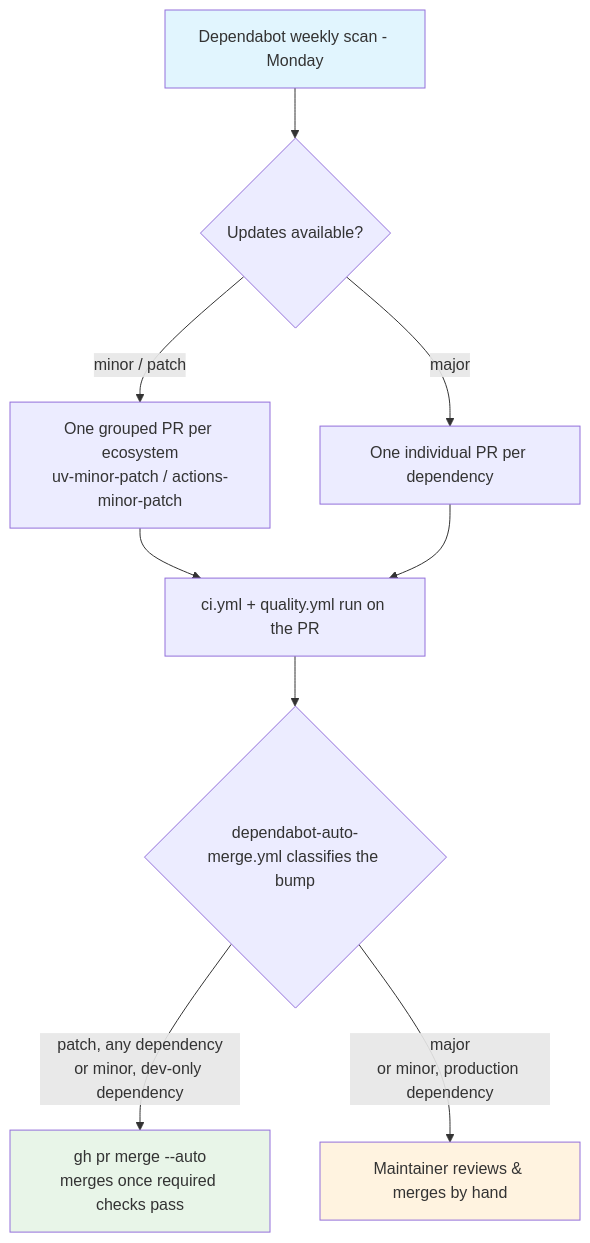
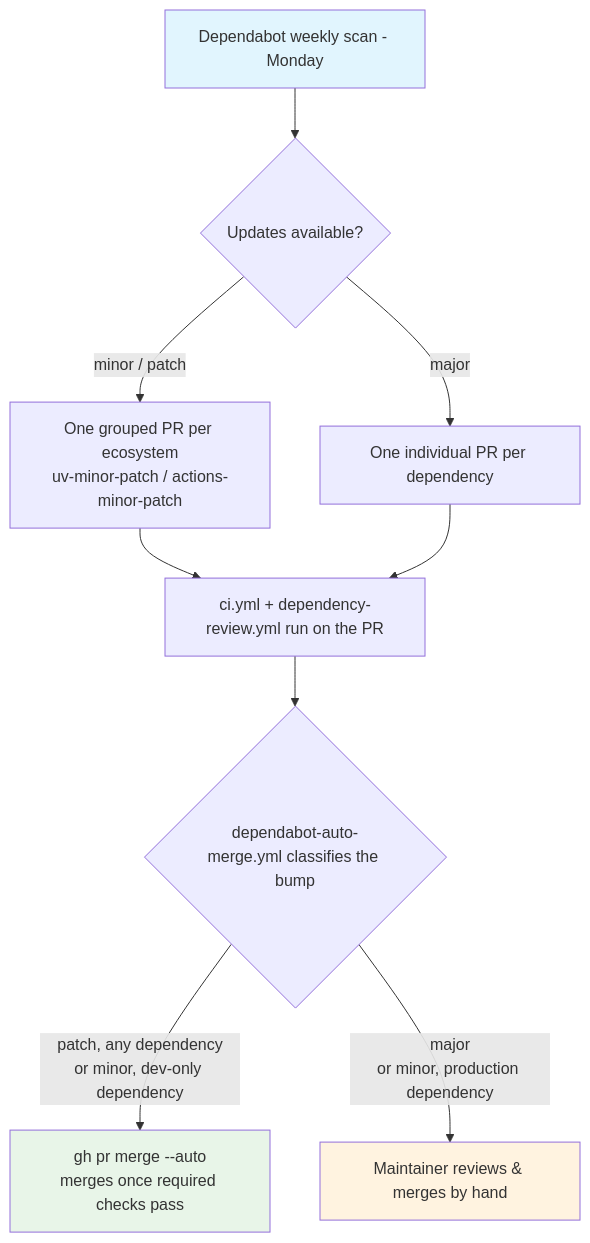
Before and after one commit to davidouagne/datahub-yaml-source: the diagram in spec/spec-process-cicd-dependabot.md, drawn with Mermaid. The commit also changed other lines of this file and 13 other files, not shown here.

````diff
--- a/spec/spec-process-cicd-dependabot.md
+++ b/spec/spec-process-cicd-dependabot.md
@@ -30,15 +30,15 @@
 ```mermaid
 graph TD
     A[Dependabot weekly scan - Monday] --> B{Updates available?}
     B -->|minor / patch| C[One grouped PR per ecosystem<br/>uv-minor-patch / actions-minor-patch]
     B -->|major| D[One individual PR per dependency]
-    C --> E[ci.yml + quality.yml run on the PR]
+    C --> E[ci.yml + dependency-review.yml run on the PR]
     D --> E
     E --> G{dependabot-auto-merge.yml classifies the bump}
     G -->|patch, any dependency<br/>or minor, dev-only dependency| H[gh pr merge --auto<br/>merges once required checks pass]
     G -->|major<br/>or minor, production dependency| F[Maintainer reviews & merges by hand]
 
     style A fill:#e1f5fe
     style F fill:#fff3e0
     style H fill:#e8f5e8
 ```
````
